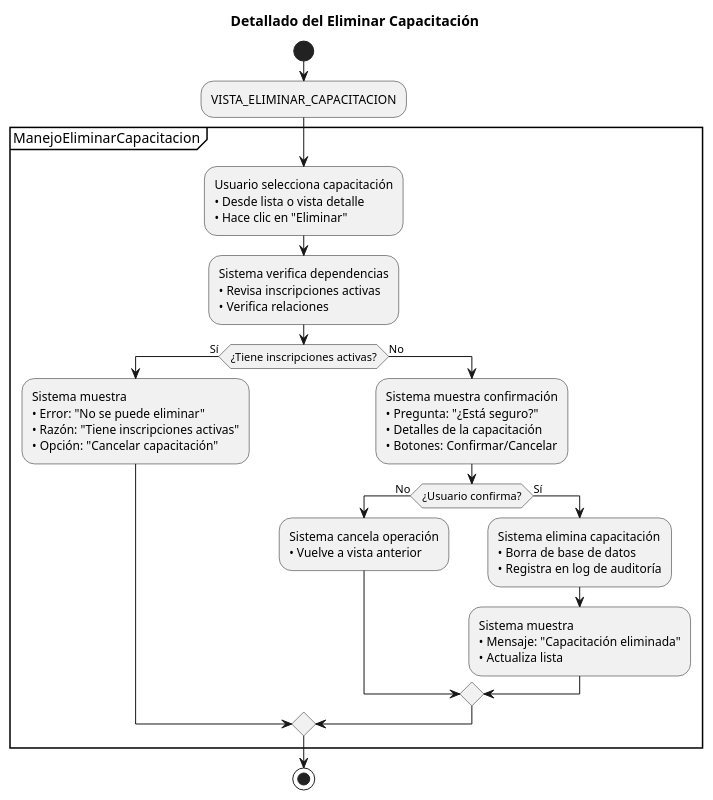
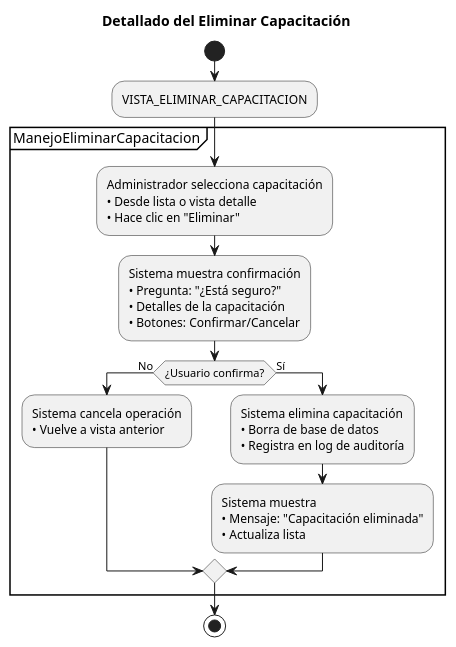
One commit to Dievex/24-25-IdSw1-SDR changed the diagram in casos_de_uso/diagramas_casos_de_uso_detallados/eliminar_capacitacion.puml. Above: the diagram before and after it, drawn with PlantUML. The commit also changed 2 other files, not shown here.

Commit message:
refactor(use-case-diagrams): update training management diagrams

```diff
--- a/casos_de_uso/diagramas_casos_de_uso_detallados/eliminar_capacitacion.puml
+++ b/casos_de_uso/diagramas_casos_de_uso_detallados/eliminar_capacitacion.puml
@@ -1,50 +1,41 @@
 @startuml
 title Detallado del Eliminar Capacitación
 
 start
 
 :VISTA_ELIMINAR_CAPACITACION;
 
 partition ManejoEliminarCapacitacion {
   
-  :Usuario selecciona capacitación
+  :Administrador selecciona capacitación
   • Desde lista o vista detalle
   • Hace clic en "Eliminar";
   
-  :Sistema verifica dependencias
-  • Revisa inscripciones activas
-  • Verifica relaciones;
   
-  if (¿Tiene inscripciones activas?) then (Sí)
-    :Sistema muestra
-    • Error: "No se puede eliminar"
-    • Razón: "Tiene inscripciones activas"
-    • Opción: "Cancelar capacitación";
-    
-  else (No)
-    :Sistema muestra confirmación
-    • Pregunta: "¿Está seguro?"
-    • Detalles de la capacitación
-    • Botones: Confirmar/Cancelar;
+  
+  :Sistema muestra confirmación
+  • Pregunta: "¿Está seguro?"
+  • Detalles de la capacitación
+  • Botones: Confirmar/Cancelar;
     
     if (¿Usuario confirma?) then (No)
       :Sistema cancela operación
       • Vuelve a vista anterior;
       
     else (Sí)
       :Sistema elimina capacitación
       • Borra de base de datos
       • Registra en log de auditoría;
       
       :Sistema muestra
       • Mensaje: "Capacitación eliminada"
       • Actualiza lista;
       
     endif
     
-  endif
+  
   
 }
 
 stop
 @enduml
```
